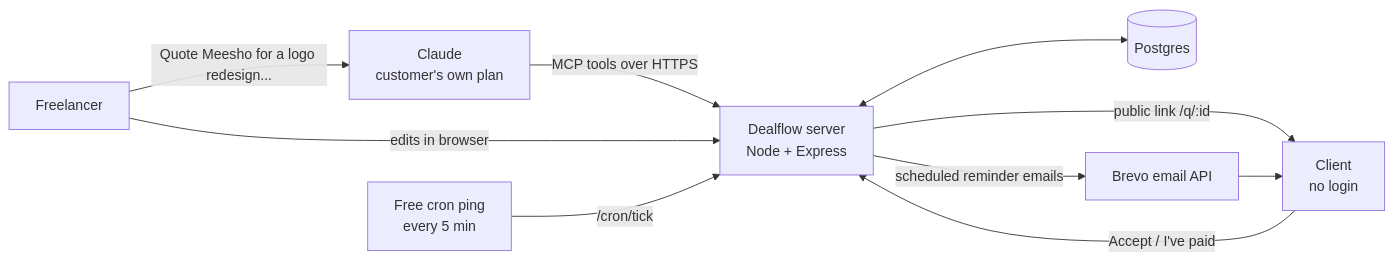
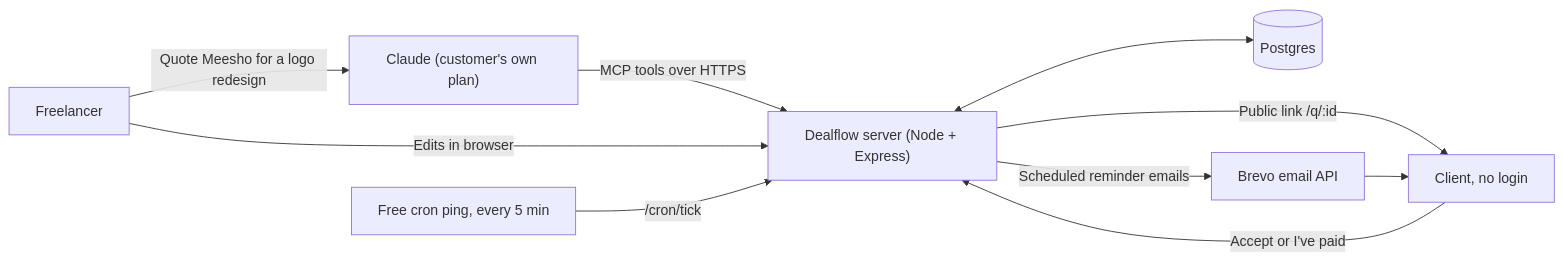
One commit to sauravanurag111/ClaudeBiz changed the diagram in README.md. Above: the diagram before and after it, drawn with Mermaid.

Commit message:
Fix README flow diagram so GitHub renders it
Quote every node and edge label; the unquoted slash and apostrophe broke the
diagram parser.

Claude-Session: https://claude.ai/code/session_01BzZ8FJJJgTmjHHDm2JcVz1

````diff
--- a/README.md
+++ b/README.md
@@ -60,11 +60,12 @@
 ```mermaid
 flowchart LR
-  U[Freelancer] -- "Quote Meesho for a logo redesign..." --> C[Claude<br/>customer's own plan]
-  C -- MCP tools over HTTPS --> D[Dealflow server<br/>Node + Express]
-  D <--> DB[(Postgres)]
-  U -- edits in browser --> D
-  D -- public link /q/:id --> CL[Client<br/>no login]
-  CL -- Accept / I've paid --> D
-  D -- scheduled reminder emails --> E[Brevo email API] --> CL
-  CR[Free cron ping<br/>every 5 min] -- /cron/tick --> D
+  U["Freelancer"] -->|"Quote Meesho for a logo redesign"| C["Claude (customer's own plan)"]
+  C -->|"MCP tools over HTTPS"| D["Dealflow server (Node + Express)"]
+  D <--> DB[("Postgres")]
+  U -->|"Edits in browser"| D
+  D -->|"Public link /q/:id"| CL["Client, no login"]
+  CL -->|"Accept or I've paid"| D
+  D -->|"Scheduled reminder emails"| E["Brevo email API"]
+  E --> CL
+  CR["Free cron ping, every 5 min"] -->|"/cron/tick"| D
 ```
````
